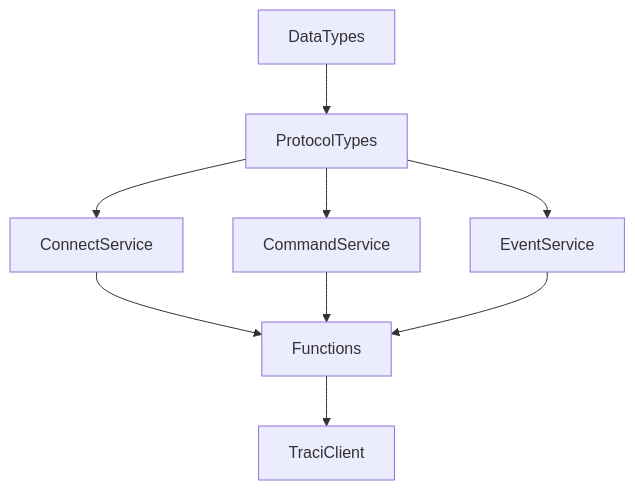
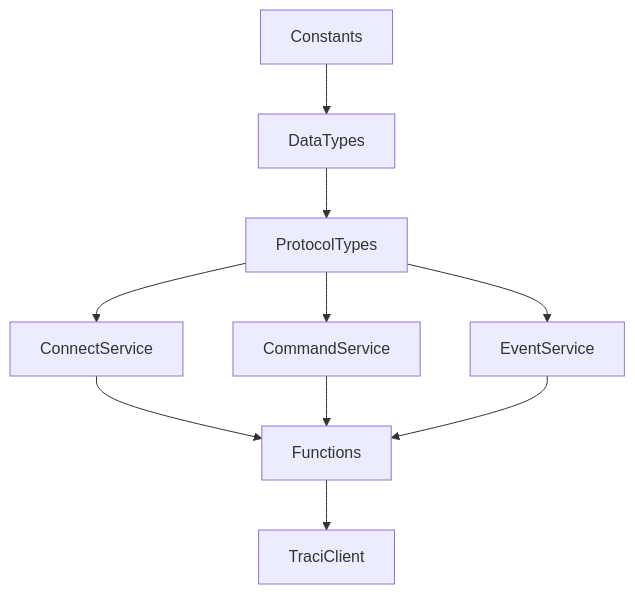
One commit to Minokori/CodingConnected.Traci changed the first of 2 diagrams in README.md. Above: the diagram before and after it, drawn with Mermaid. The commit also changed other lines of this file and 216 other files, not shown here.

````diff
--- a/README.md
+++ b/README.md
@@ -36,11 +47,13 @@
 ```mermaid
     graph TD
+    	0[Constants] --> A
+
     	A[DataTypes] --> B[ProtocolTypes]
         B --> C1[ConnectService]
         B --> C2[CommandService]
         B --> C3[EventService]
       	C1 --> D[Functions]
       	C2 --> D
       	C3 --> D
       	D-->E[TraciClient]
 ```
````
